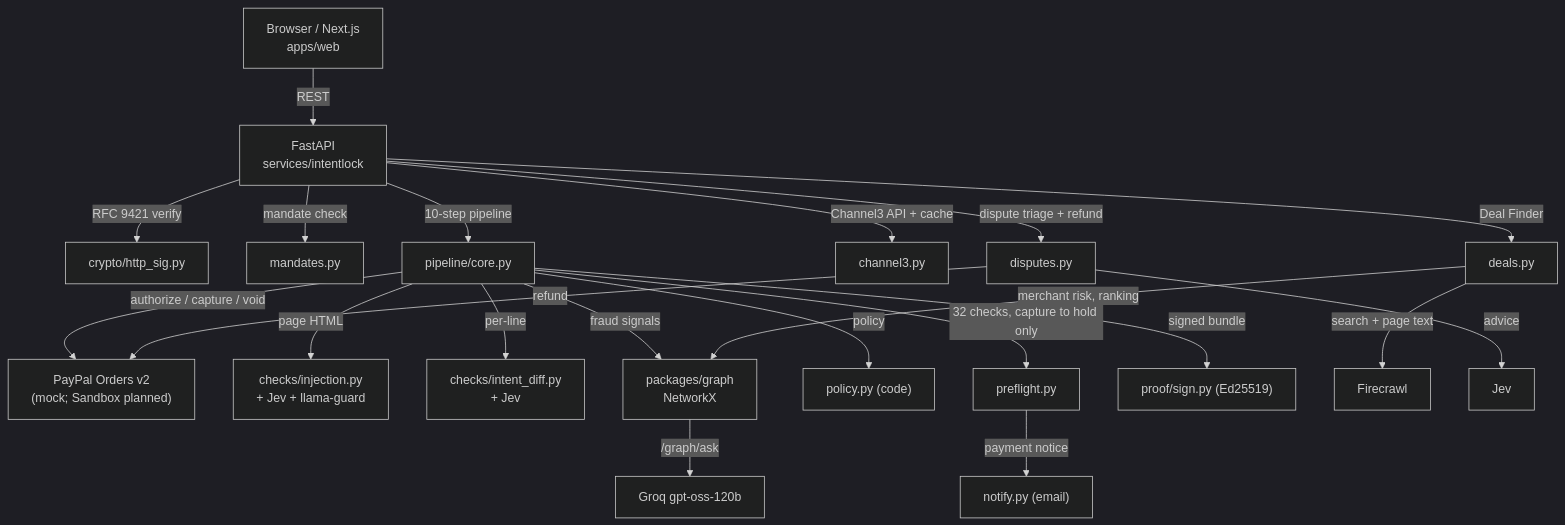
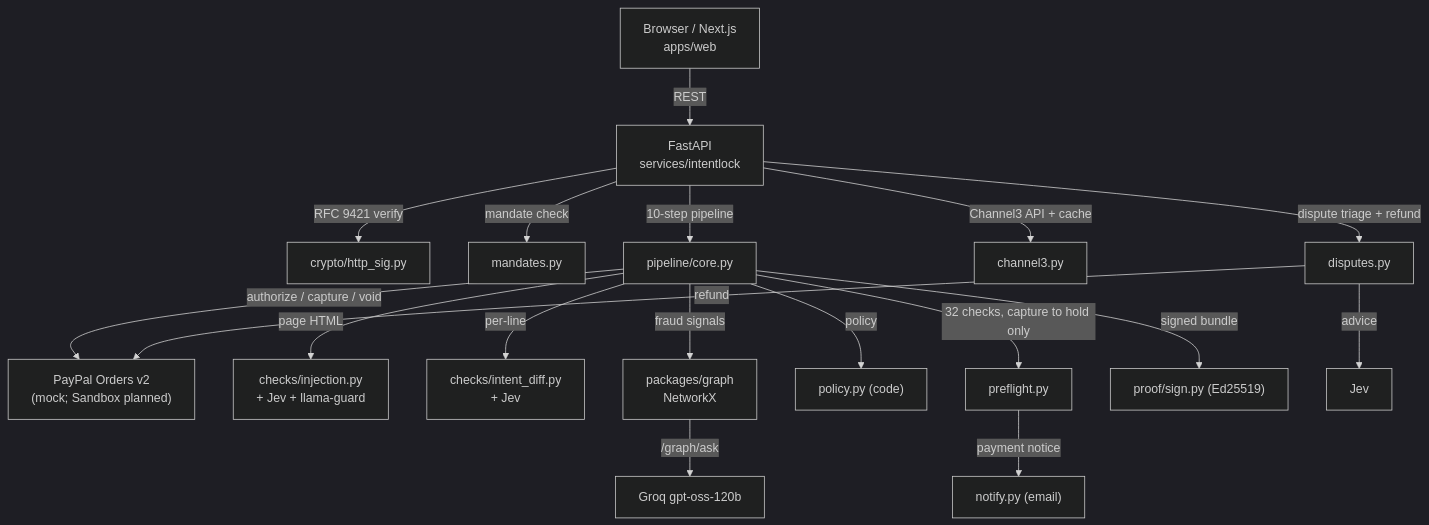
Before and after one commit to BrienAustinClayton/sepilo: the diagram in README.md, drawn with Mermaid (dark theme). The commit also changed other lines of this file and 31 other files, not shown here.

````diff
--- a/README.md
+++ b/README.md
@@ -74,23 +74,20 @@
 ```mermaid
 graph TD
     Browser["Browser / Next.js\napps/web"] -->|REST| API["FastAPI\nservices/intentlock"]
     API -->|RFC 9421 verify| SigCheck["crypto/http_sig.py"]
     API -->|mandate check| Mandates["mandates.py"]
     API -->|10-step pipeline| Pipeline["pipeline/core.py"]
     Pipeline -->|authorize / capture / void| PayPal["PayPal Orders v2\n(mock; Sandbox planned)"]
     Pipeline -->|page HTML| Injection["checks/injection.py\n+ Jev + llama-guard"]
     Pipeline -->|per-line| IntentDiff["checks/intent_diff.py\n+ Jev"]
     Pipeline -->|fraud signals| Graph["packages/graph\nNetworkX"]
     Pipeline -->|policy| Policy["policy.py (code)"]
     Pipeline -->|32 checks, capture to hold only| Preflight["preflight.py"]
     Preflight -->|payment notice| Notify["notify.py (email)"]
     Pipeline -->|signed bundle| Proof["proof/sign.py (Ed25519)"]
     API -->|Channel3 API + cache| Catalog["channel3.py"]
-    API -->|Deal Finder| Deals["deals.py"]
-    Deals -->|search + page text| Firecrawl["Firecrawl"]
-    Deals -->|merchant risk, ranking| Graph
     API -->|dispute triage + refund| Disputes["disputes.py"]
     Disputes -->|advice| Jev["Jev"]
     Disputes -->|refund| PayPal
     Graph -->|/graph/ask| Groq["Groq gpt-oss-120b"]
 ```
````
